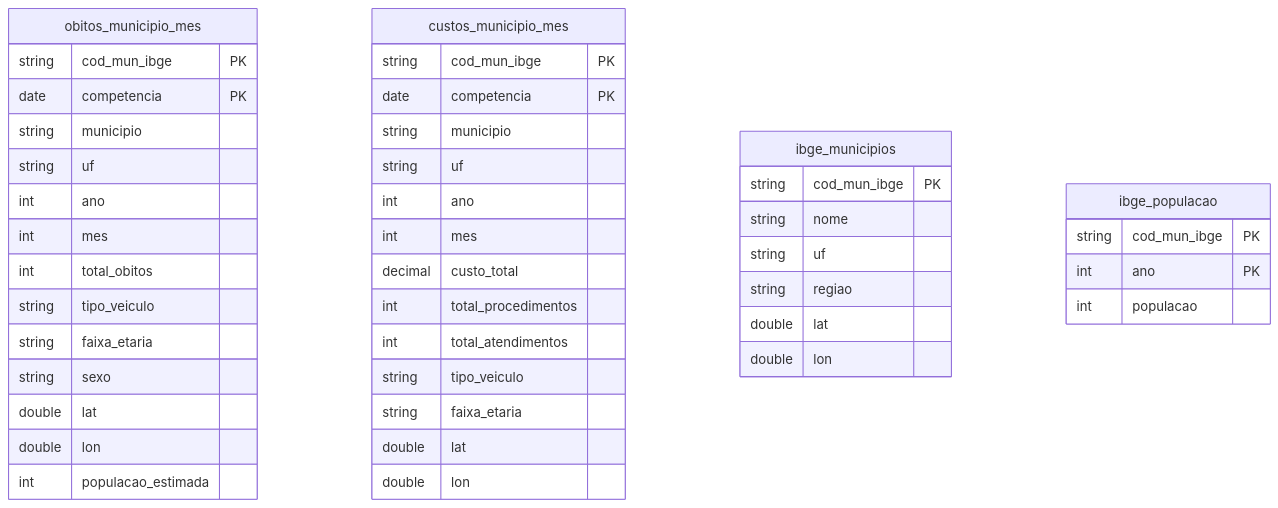
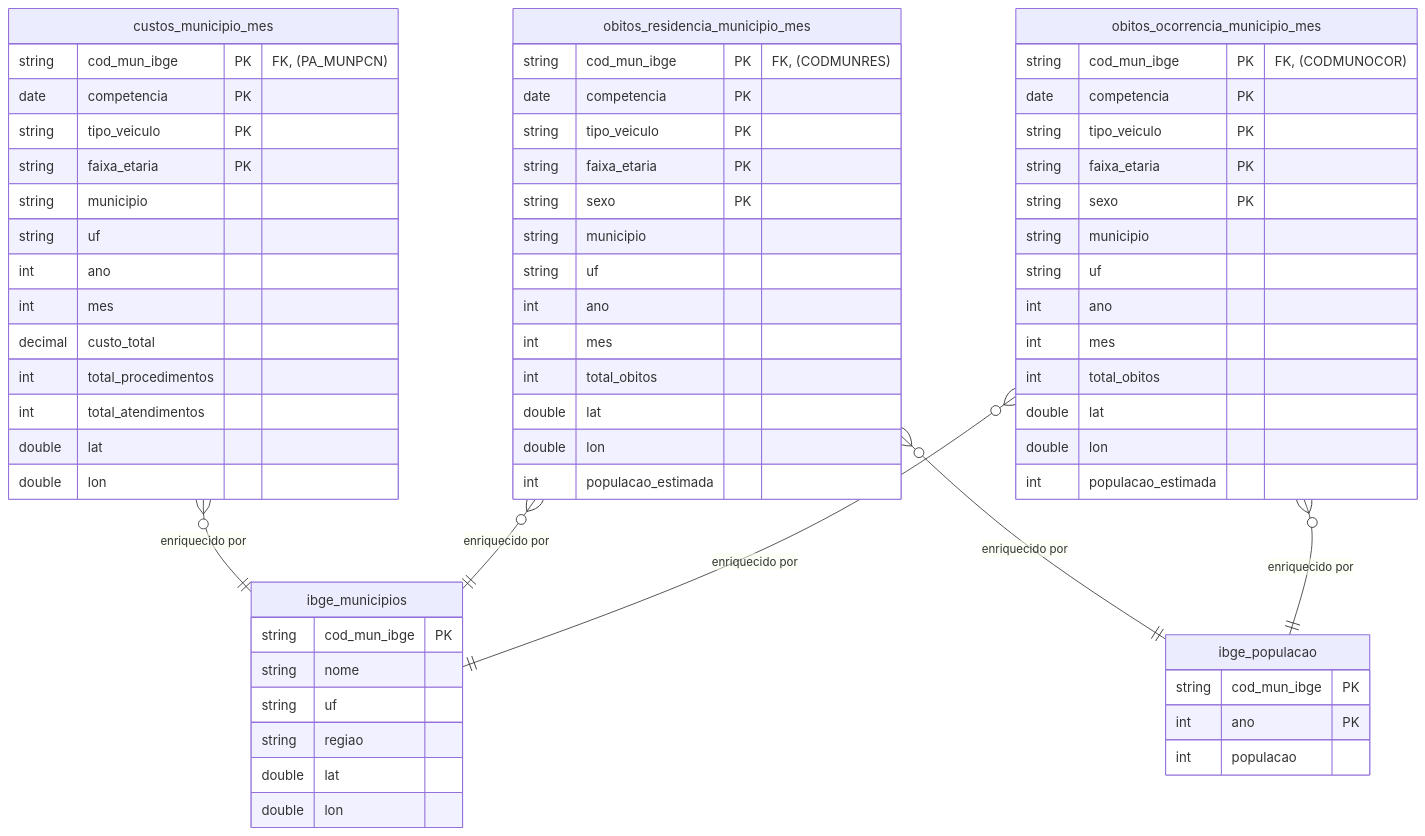
Before and after one commit to thallyslemos/tcc-pipeline-transito-sus: the third of 3 diagrams in docs/ARCHITECTURE.md, drawn with Mermaid. The commit also changed other lines of this file and 3 other files, not shown here.

````diff
--- a/docs/ARCHITECTURE.md
+++ b/docs/ARCHITECTURE.md
@@ -139,49 +105,73 @@
 ```mermaid
 erDiagram
-    obitos_municipio_mes {
-        string cod_mun_ibge PK
+    obitos_ocorrencia_municipio_mes {
+        string cod_mun_ibge PK "FK, (CODMUNOCOR)"
         date competencia PK
+        string tipo_veiculo PK
+        string faixa_etaria PK
+        string sexo PK
         string municipio
         string uf
         int ano
         int mes
         int total_obitos
-        string tipo_veiculo
-        string faixa_etaria
-        string sexo
+        double lat
+        double lon
+        int populacao_estimada
+    }
+
+    obitos_residencia_municipio_mes {
+        string cod_mun_ibge PK "FK, (CODMUNRES)"
+        date competencia PK
+        string tipo_veiculo PK
+        string faixa_etaria PK
+        string sexo PK
+        string municipio
+        string uf
+        int ano
+        int mes
+        int total_obitos
         double lat
         double lon
         int populacao_estimada
     }
 
     custos_municipio_mes {
-        string cod_mun_ibge PK
+        string cod_mun_ibge PK "FK, (PA_MUNPCN)"
         date competencia PK
+        string tipo_veiculo PK
+        string faixa_etaria PK
         string municipio
         string uf
         int ano
         int mes
         decimal custo_total
         int total_procedimentos
         int total_atendimentos
-        string tipo_veiculo
-        string faixa_etaria
         double lat
         double lon
     }
 
     ibge_municipios {
         string cod_mun_ibge PK
         string nome
         string uf
         string regiao
         double lat
         double lon
     }
 
     ibge_populacao {
         string cod_mun_ibge PK
         int ano PK
         int populacao
     }
+
+    obitos_ocorrencia_municipio_mes }o--|| ibge_municipios : "enriquecido por"
+    obitos_residencia_municipio_mes }o--|| ibge_municipios : "enriquecido por"
+    custos_municipio_mes }o--|| ibge_municipios : "enriquecido por"
+    
+    obitos_ocorrencia_municipio_mes }o--|| ibge_populacao : "enriquecido por"
+    obitos_residencia_municipio_mes }o--|| ibge_populacao : "enriquecido por"
+
 ```
````
